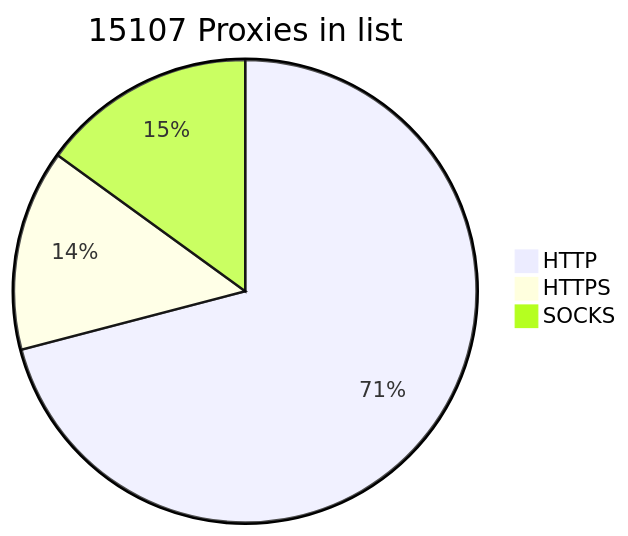
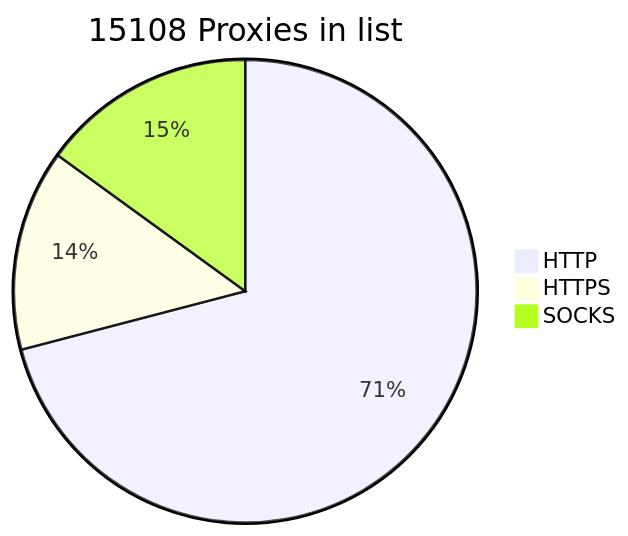
The diagram in README.md (BlackSnowDot/proxylist-update-every-minute), drawn with Mermaid before and after one commit.

````diff
--- a/README.md
+++ b/README.md
@@ -2,6 +2,6 @@
 ```mermaid
-pie title 15107 Proxies in list
+pie title 15108 Proxies in list
     "HTTP" : 11218
-    "HTTPS": 2223
-    "SOCKS" : 2373
+    "HTTPS": 2222
+    "SOCKS" : 2374
 ```
````
